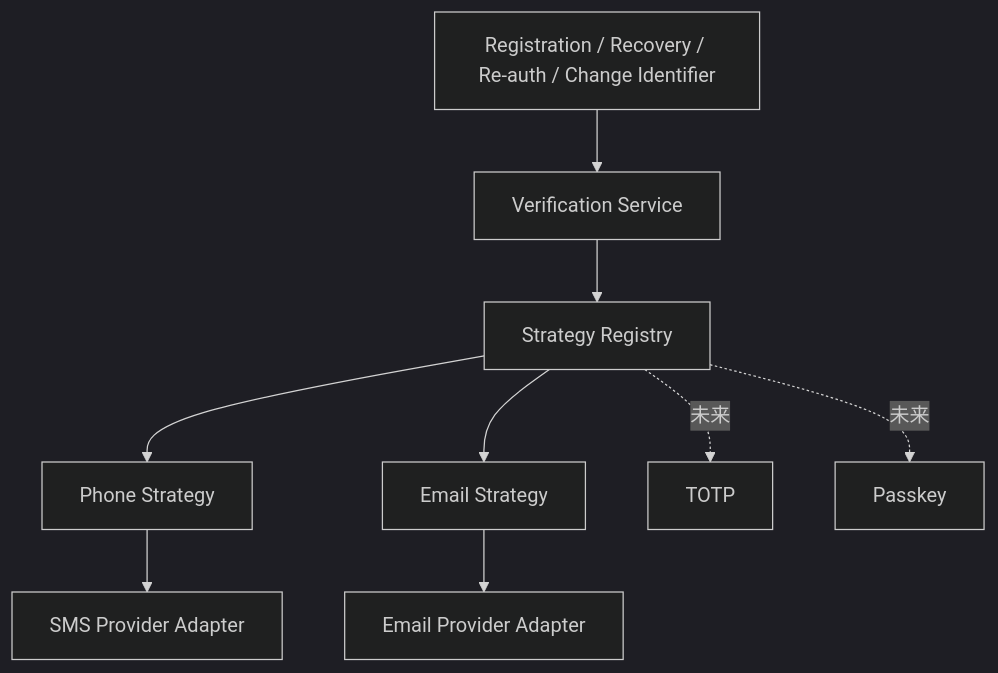
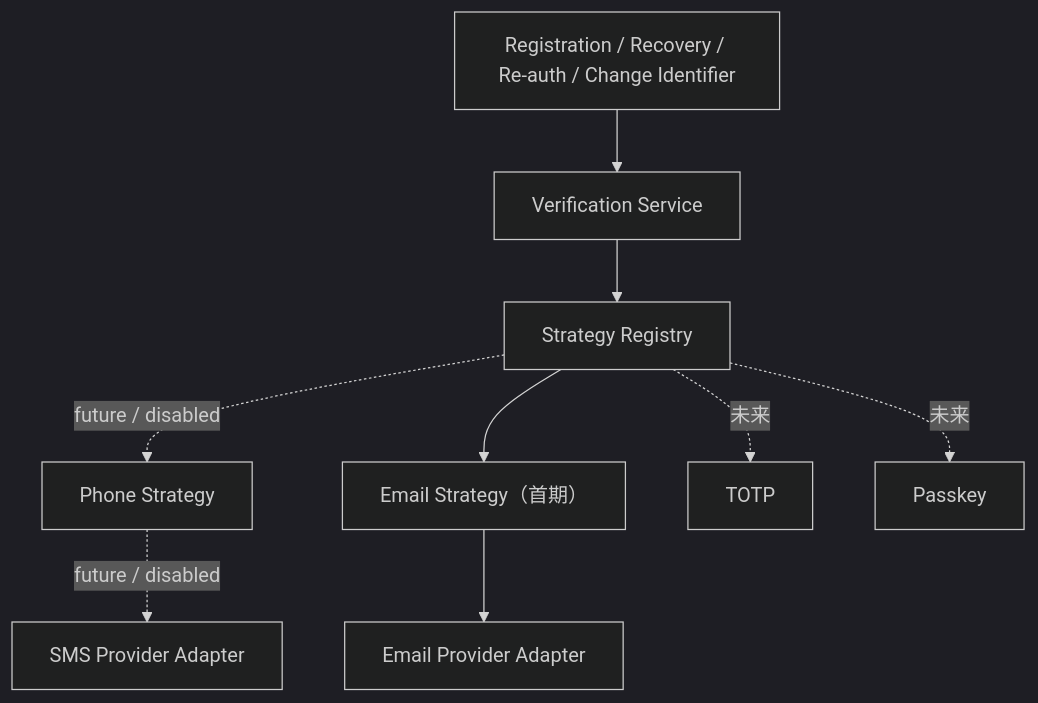
Before and after one commit to sxyq/mastergoods: the first of 2 diagrams in docs/system-design/01-账户与身份/05-验证方式与安全策略.md, drawn with Mermaid (dark theme). The commit also changed other lines of this file and 12 other files, not shown here.

````diff
--- a/docs/system-design/01-账户与身份/05-验证方式与安全策略.md
+++ b/docs/system-design/01-账户与身份/05-验证方式与安全策略.md
@@ -25,14 +26,14 @@
 ```mermaid
 flowchart TD
     APP[Registration / Recovery / Re-auth / Change Identifier]
     APP --> SERVICE[Verification Service]
     SERVICE --> REG[Strategy Registry]
 
-    REG --> PHONE[Phone Strategy]
-    REG --> EMAIL[Email Strategy]
+    REG -. future / disabled .-> PHONE[Phone Strategy]
+    REG --> EMAIL[Email Strategy（首期）]
     REG -.未来.-> TOTP[TOTP]
     REG -.未来.-> PASSKEY[Passkey]
 
-    PHONE --> SMS[SMS Provider Adapter]
+    PHONE -. future / disabled .-> SMS[SMS Provider Adapter]
     EMAIL --> MAIL[Email Provider Adapter]
 ```
````
